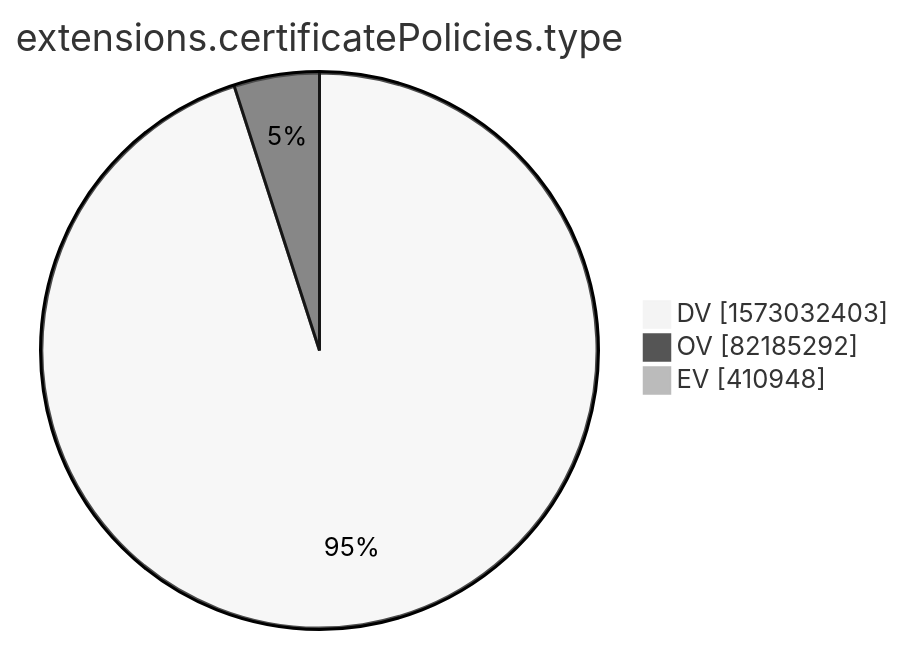
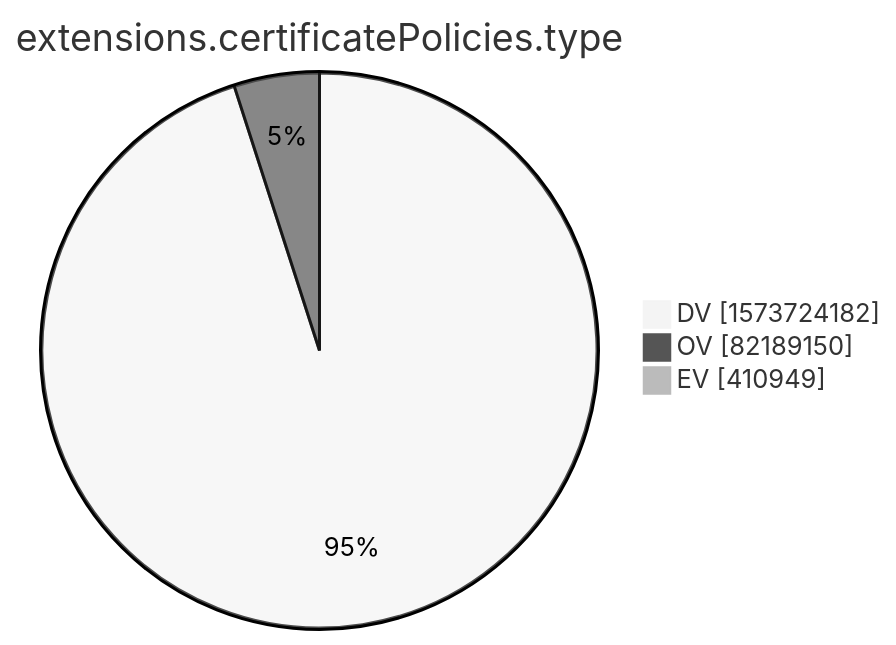
Before and after one commit to christiankrug/ctmonitor_visualization: the tenth of 15 diagrams in xenon2022/README.md, drawn with Mermaid (neutral theme). The commit also changed other lines of this file, not shown here.

````diff
--- a/xenon2022/README.md
+++ b/xenon2022/README.md
@@ -2876,7 +2876,7 @@
 ```mermaid
 pie showData
 title extensions.certificatePolicies.type
-"DV" :1573032403
-"OV" :82185292
-"EV" :410948
+"DV" :1573724182
+"OV" :82189150
+"EV" :410949
 ```
````
